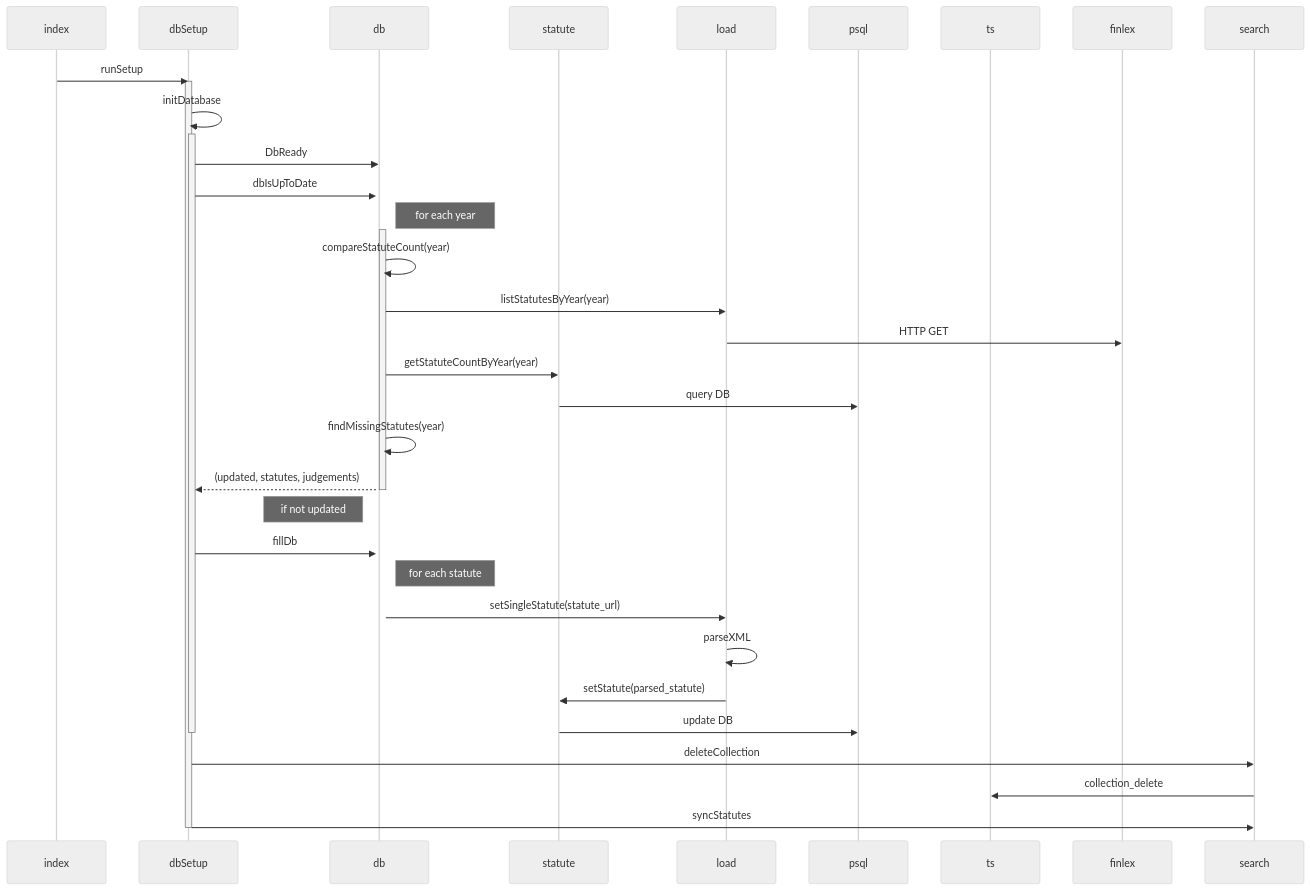
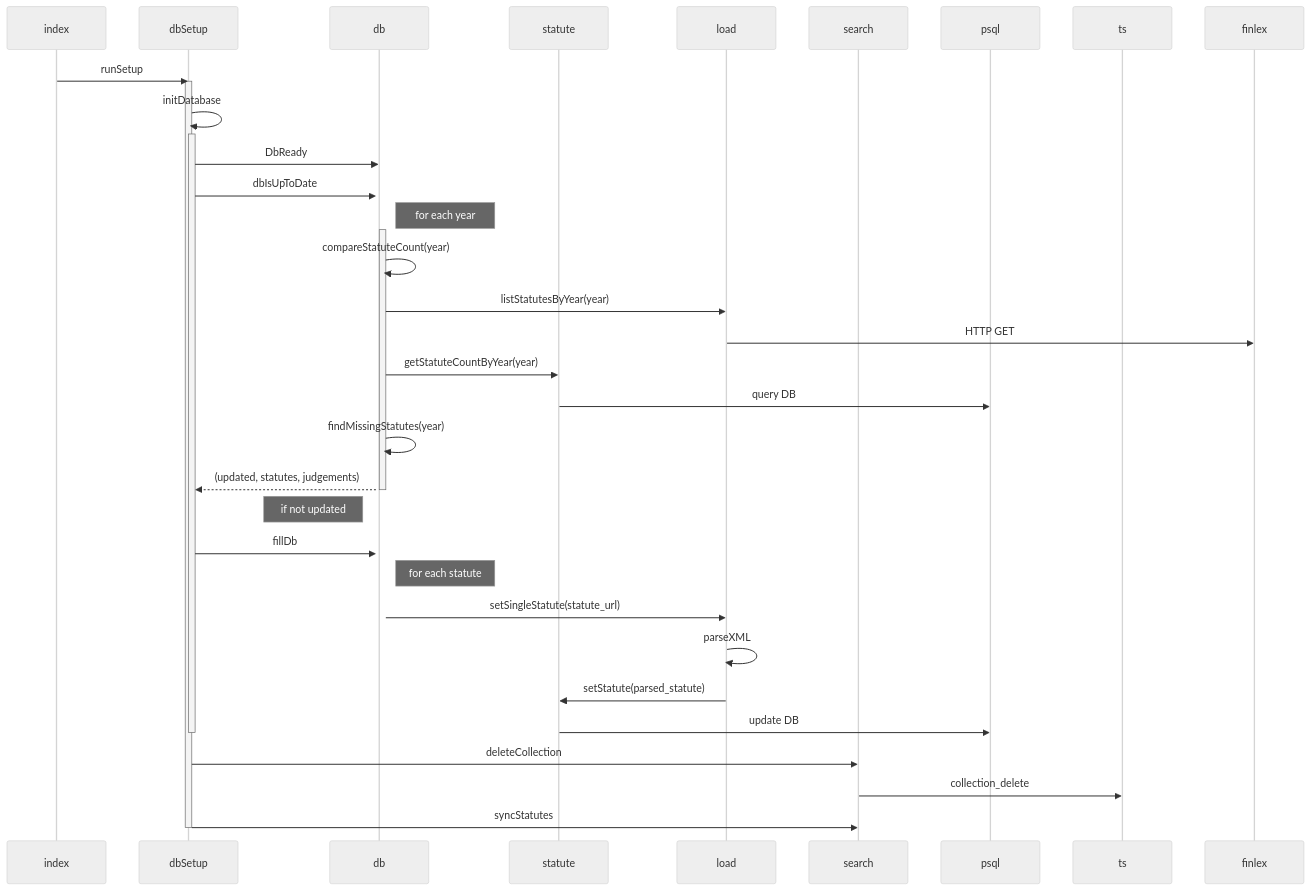
The first of 3 diagrams in README.md (mluukkai/poc), drawn with Mermaid (neutral theme) before and after one commit.

Commit message:
Add 'search' participant to the diagram

````diff
--- a/README.md
+++ b/README.md
@@ -1,41 +1,42 @@
 ```mermaid
 sequenceDiagram
   participant index
   participant dbSetup
   participant db
   participant statute
   participant load
+  participant search
   participant psql
   participant ts
   participant finlex
 
   index ->> dbSetup: runSetup
   activate dbSetup
   dbSetup ->> dbSetup: initDatabase
   activate dbSetup
   dbSetup ->> db: DbReady
   dbSetup ->>+ db: dbIsUpToDate
   Note right of db: for each year
   activate db
   db ->> db: compareStatuteCount(year)
   db ->> load: listStatutesByYear(year)
   load ->> finlex: HTTP GET
   db ->> statute: getStatuteCountByYear(year)
   statute ->> psql: query DB
   db ->> db: findMissingStatutes(year)
   db -->> dbSetup: (updated, statutes, judgements)
   deactivate db
   Note left of db: if not updated
   dbSetup ->> db: fillDb
   activate db
   Note right of db: for each statute
   db ->> load: setSingleStatute(statute_url)
   load ->> load: parseXML
   load ->> statute: setStatute(parsed_statute)
   statute ->> psql: update DB
   deactivate dbSetup
   dbSetup ->> search: deleteCollection
   search ->> ts: collection_delete
   dbSetup ->> search: syncStatutes
   deactivate dbSetup
 ```
````
